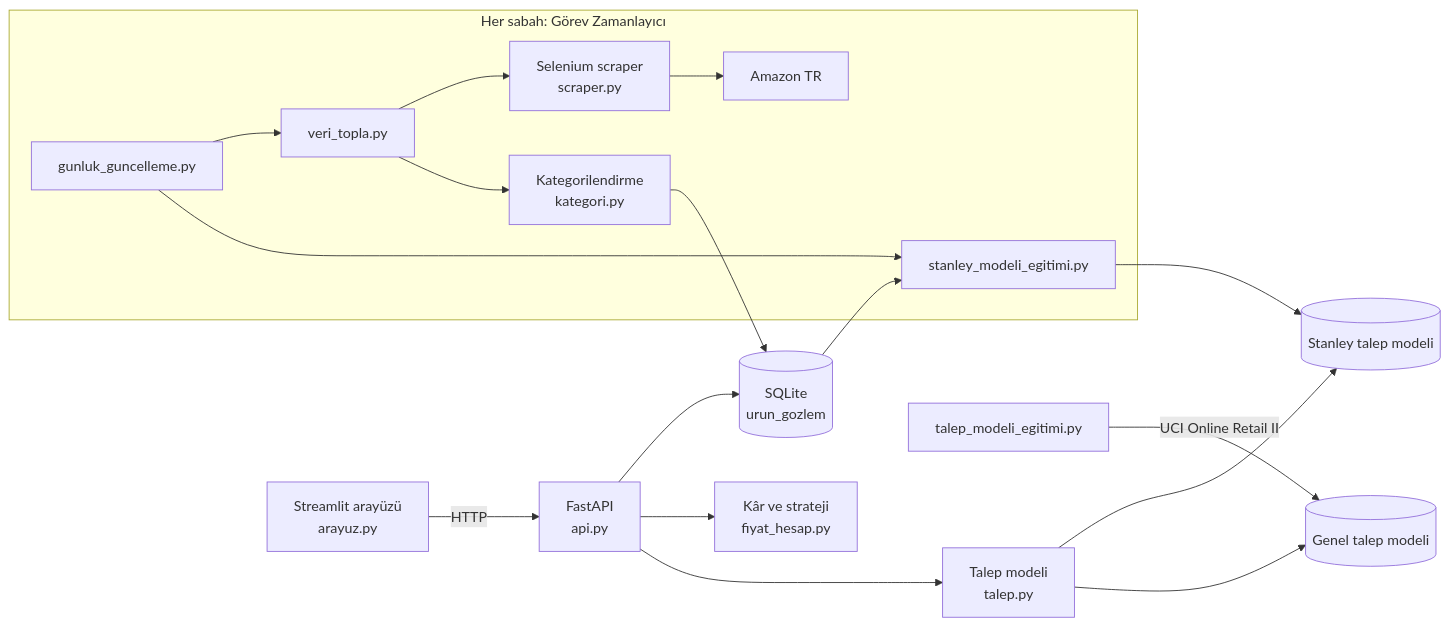
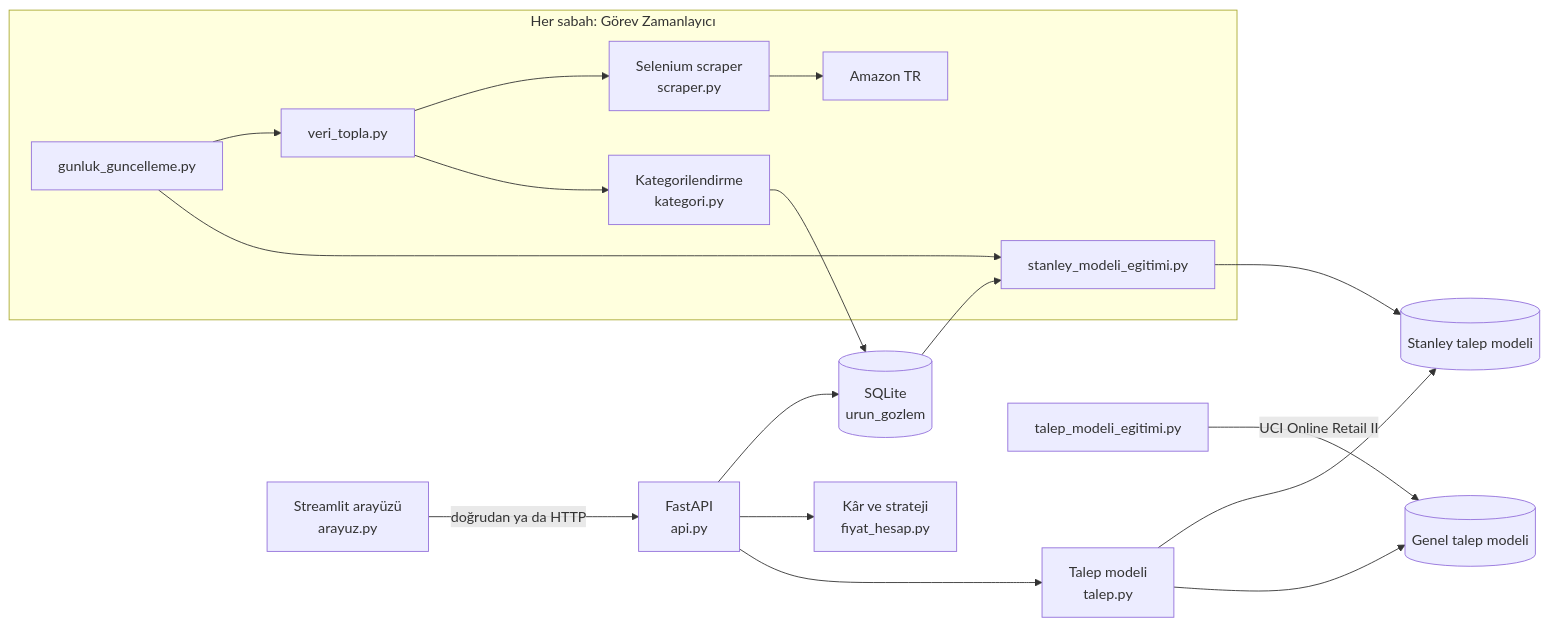
One commit to iefekarakulak/stanley-dinamik-fiyatlandirma changed the diagram in README.md. Above: the diagram before and after it, drawn with Mermaid. The commit also changed other lines of this file and 2 other files, not shown here.

First line of the commit message:
﻿Arayüz API sunucusu ve veritabanı olmadan da çalışıyor (bulutta yayın için)

````diff
--- a/README.md
+++ b/README.md
@@ -32,20 +32,20 @@
 ```mermaid
 flowchart LR
     subgraph Her sabah [Her sabah: Görev Zamanlayıcı]
         CRON[gunluk_guncelleme.py] --> TOPLA[veri_topla.py]
         TOPLA --> SCR[Selenium scraper<br/>scraper.py]
         SCR --> AMZ[Amazon TR]
         TOPLA --> KAT[Kategorilendirme<br/>kategori.py]
         CRON --> EGIT[stanley_modeli_egitimi.py]
     end
     KAT --> DB[(SQLite<br/>urun_gozlem)]
     DB --> EGIT
     EGIT --> SMDL[(Stanley talep modeli)]
     UCI[talep_modeli_egitimi.py] -->|UCI Online Retail II| UMDL[(Genel talep modeli)]
-    UI[Streamlit arayüzü<br/>arayuz.py] -->|HTTP| API[FastAPI<br/>api.py]
+    UI[Streamlit arayüzü<br/>arayuz.py] -->|doğrudan ya da HTTP| API[FastAPI<br/>api.py]
     API --> DB
     API --> FH[Kâr ve strateji<br/>fiyat_hesap.py]
     API --> TM[Talep modeli<br/>talep.py]
     TM --> SMDL
     TM --> UMDL
 ```
````
